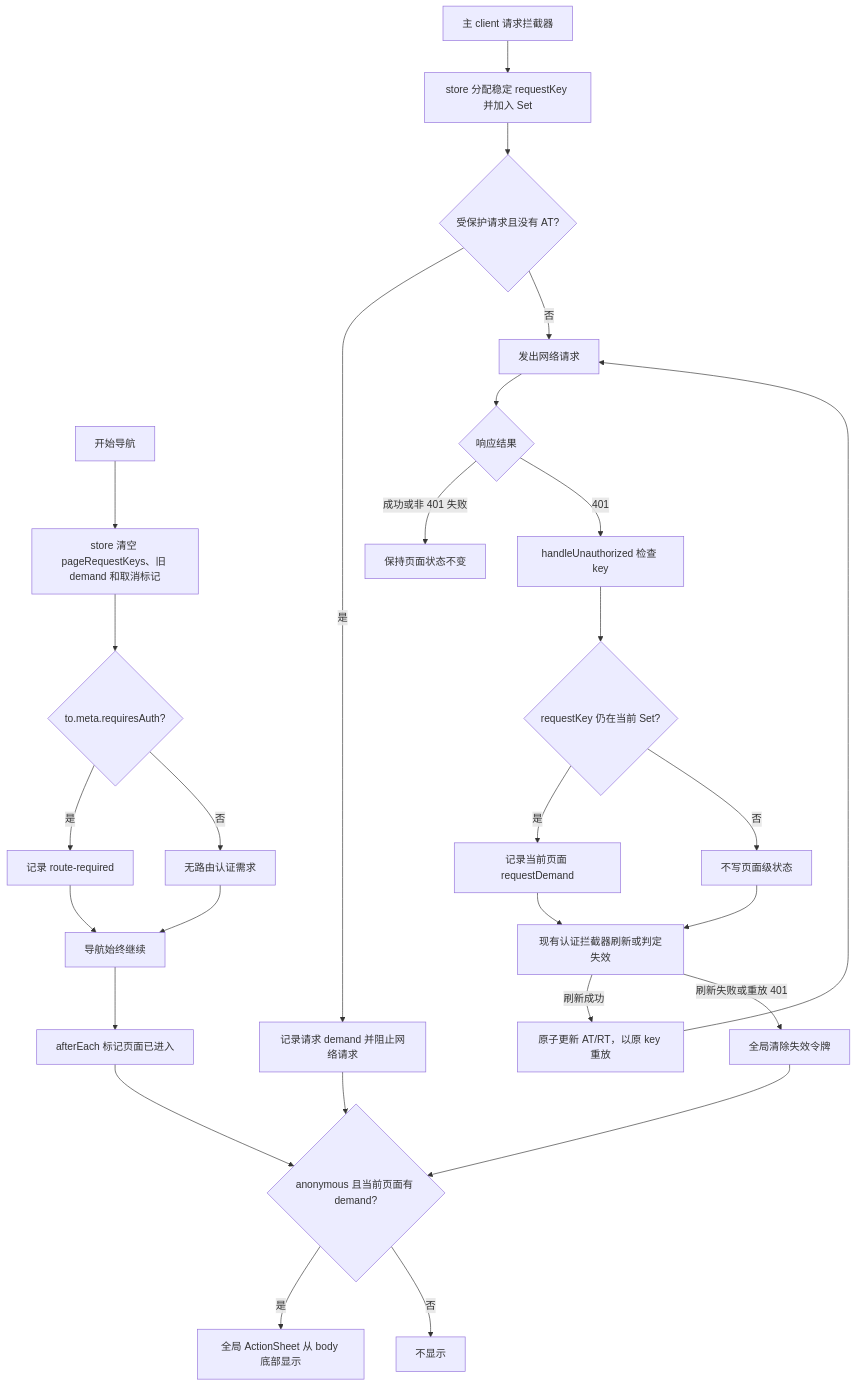
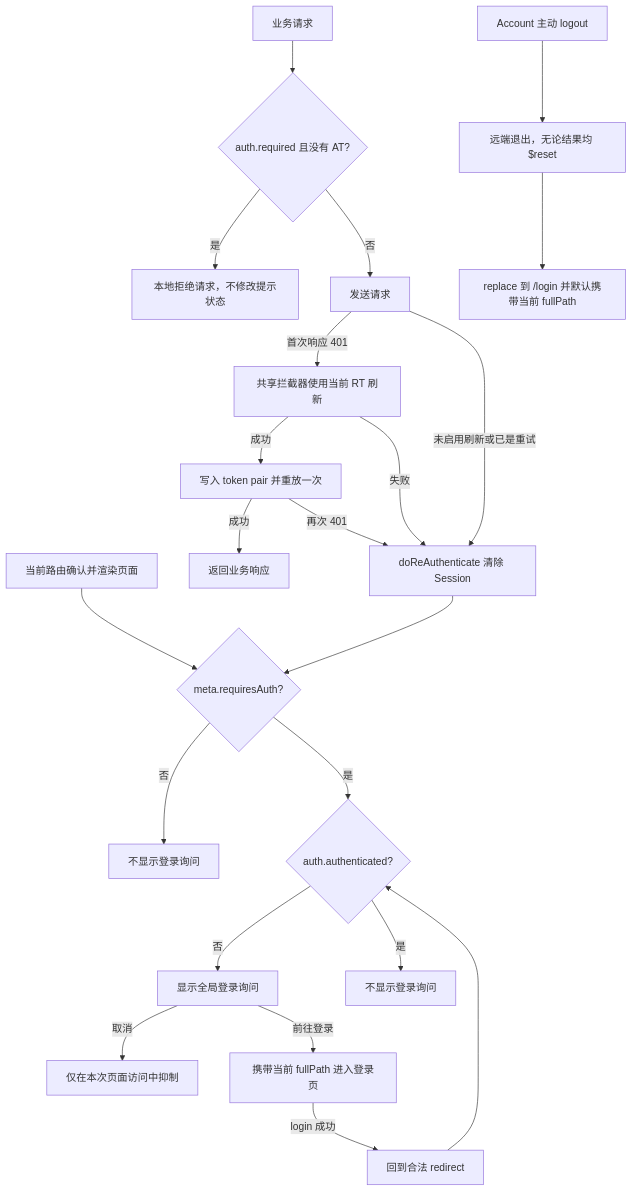
One commit to 1gnilc/novum changed the diagram in docs/plans/mobile-application-plan.md. Above: the diagram before and after it, drawn with Mermaid. The commit also changed other lines of this file and 129 other files, not shown here.

````diff
--- a/docs/plans/mobile-application-plan.md
+++ b/docs/plans/mobile-application-plan.md
@@ -251,30 +403,26 @@
 ```mermaid
 flowchart TD
-    A[开始导航] --> B[store 清空 pageRequestKeys、旧 demand 和取消标记]
-    B --> C{to.meta.requiresAuth?}
-    C -->|是| D[记录 route-required]
-    C -->|否| E[无路由认证需求]
-    D --> F[导航始终继续]
-    E --> F
-    F --> G[afterEach 标记页面已进入]
-    G --> H{anonymous 且当前页面有 demand?}
-    H -->|是| I[全局 ActionSheet 从 body 底部显示]
-    H -->|否| J[不显示]
-    K[主 client 请求拦截器] --> L[store 分配稳定 requestKey 并加入 Set]
-    L --> M{受保护请求且没有 AT?}
-    M -->|是| P[记录请求 demand 并阻止网络请求]
-    P --> H
-    M -->|否| Q[发出网络请求]
-    Q --> R{响应结果}
-    R -->|成功或非 401 失败| S[保持页面状态不变]
-    R -->|401| T[handleUnauthorized 检查 key]
-    T --> U{requestKey 仍在当前 Set?}
-    U -->|是| V[记录当前页面 requestDemand]
-    U -->|否| W[不写页面级状态]
-    V --> X[现有认证拦截器刷新或判定失效]
-    W --> X
-    X -->|刷新成功| Y[原子更新 AT/RT，以原 key 重放]
-    Y --> Q
-    X -->|刷新失败或重放 401| Z[全局清除失效令牌]
-    Z --> H
+    A[当前路由确认并渲染页面] --> B{meta.requiresAuth?}
+    B -->|否| C[不显示登录询问]
+    B -->|是| D{auth.authenticated?}
+    D -->|否| E[显示全局登录询问]
+    D -->|是| F[不显示登录询问]
+    E -->|取消| G[仅在本次页面访问中抑制]
+    E -->|前往登录| H[携带当前 fullPath 进入登录页]
+    H -->|login 成功| I[回到合法 redirect]
+    I --> D
+
+    J[业务请求] --> K{auth.required 且没有 AT?}
+    K -->|是| L[本地拒绝请求，不修改提示状态]
+    K -->|否| M[发送请求]
+    M -->|首次响应 401| N[共享拦截器使用当前 RT 刷新]
+    N -->|成功| O[写入 token pair 并重放一次]
+    O -->|成功| P[返回业务响应]
+    O -->|再次 401| Q[doReAuthenticate 清除 Session]
+    N -->|失败| Q
+    M -->|未启用刷新或已是重试| Q
+    Q --> B
+
+    R[Account 主动 logout] --> S[远端退出，无论结果均 $reset]
+    S --> T[replace 到 /login 并默认携带当前 fullPath]
 ```
````
